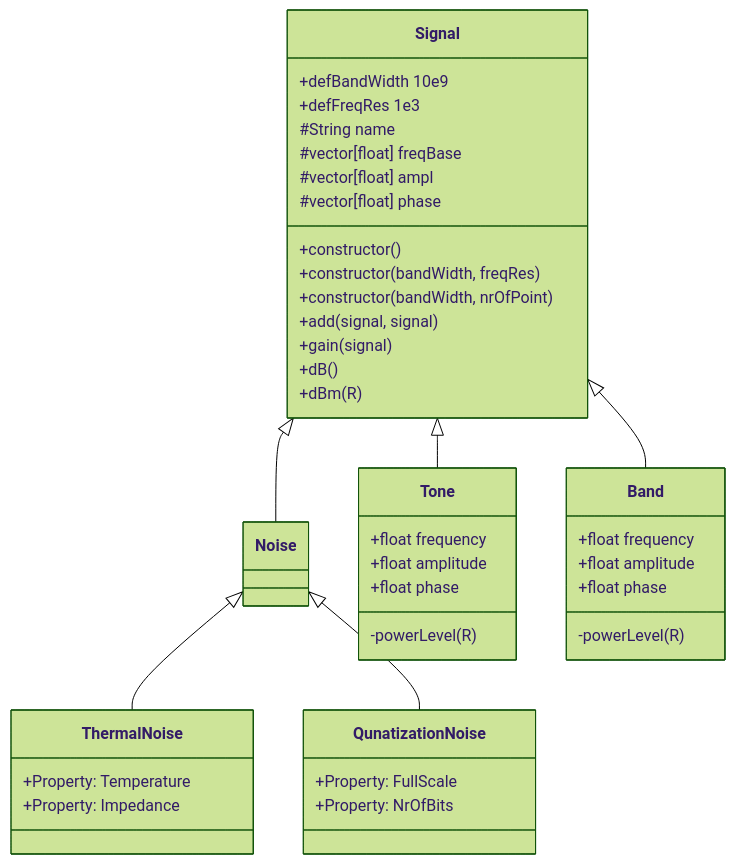
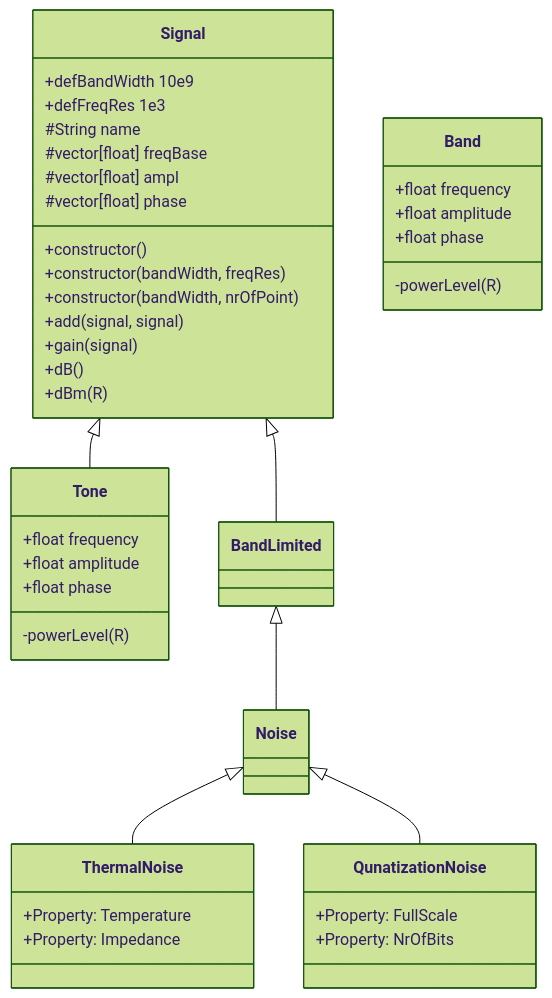
One commit to botondkirei/AmoRF changed the diagram in trunk/AmoRF.md. Above: the diagram before and after it, drawn with Mermaid (forest theme).

````diff
--- a/trunk/AmoRF.md
+++ b/trunk/AmoRF.md
@@ -1,46 +1,45 @@
 ```mermaid
 classDiagram
-    Signal <|-- Noise
     Signal <|-- Tone
-    Signal <|-- Band
+    Signal <|-- BandLimited
+    BandLimited <|-- Noise
     Noise <|-- ThermalNoise
     Noise <|-- QunatizationNoise
     class Signal {
             +defBandWidth 10e9
             +defFreqRes 1e3
             #String name
             #vector[float] freqBase
             #vector[float] ampl
             #vector[float] phase
             +constructor()
             +constructor(bandWidth, freqRes)
             +constructor(bandWidth, nrOfPoint)
             +add(signal, signal)
             +gain(signal)
             +dB()
             +dBm(R)
     }
     class Noise{
-
     }
     class Tone{
       +float frequency
       +float amplitude
       +float phase
       -powerLevel(R)
     }
     class Band{
       +float frequency
       +float amplitude
       +float phase
       -powerLevel(R)
     }
     class ThermalNoise {
     +Property: Temperature
     +Property: Impedance
     }
     class QunatizationNoise {
     +Property: FullScale
     +Property: NrOfBits
     }     
 ```
````
